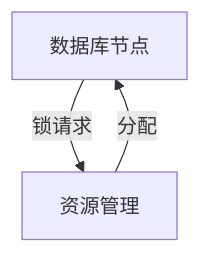
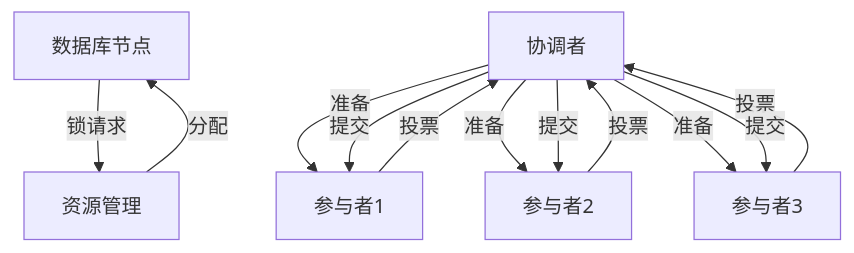
Before and after one commit to AdaMartin18010/Lean: the first of 3 diagrams in analysis/1-形式化理论/1.4-Petri网与分布式系统/1.4.5-典型工程案例.md, drawn with Mermaid. The commit also changed other lines of this file and 23 other files, not shown here.

````diff
--- a/analysis/1-形式化理论/1.4-Petri网与分布式系统/1.4.5-典型工程案例.md
+++ b/analysis/1-形式化理论/1.4-Petri网与分布式系统/1.4.5-典型工程案例.md
@@ -43,5 +143,17 @@
 ```mermaid
 graph TD
   A[数据库节点] -->|锁请求| B[资源管理]
   B -->|分配| A
+  
+  C[协调者] -->|准备| D[参与者1]
+  C -->|准备| E[参与者2]
+  C -->|准备| F[参与者3]
+  
+  D -->|投票| C
+  E -->|投票| C
+  F -->|投票| C
+  
+  C -->|提交| D
+  C -->|提交| E
+  C -->|提交| F
 ```
````
